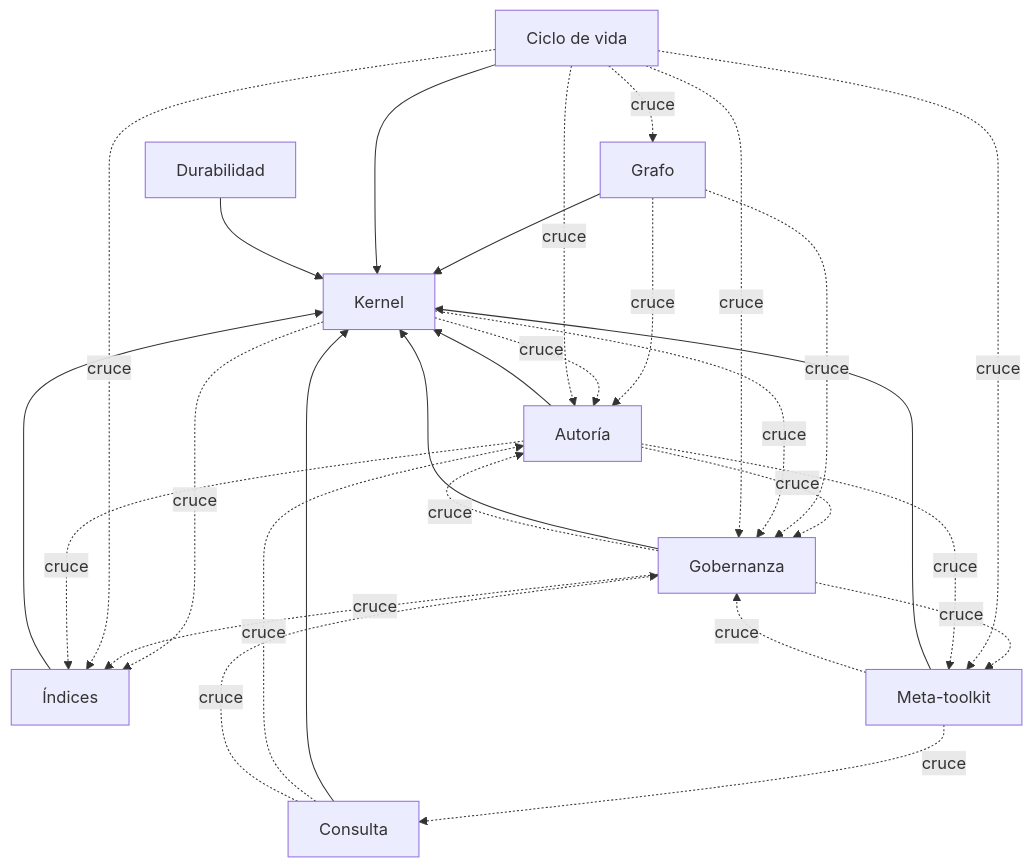
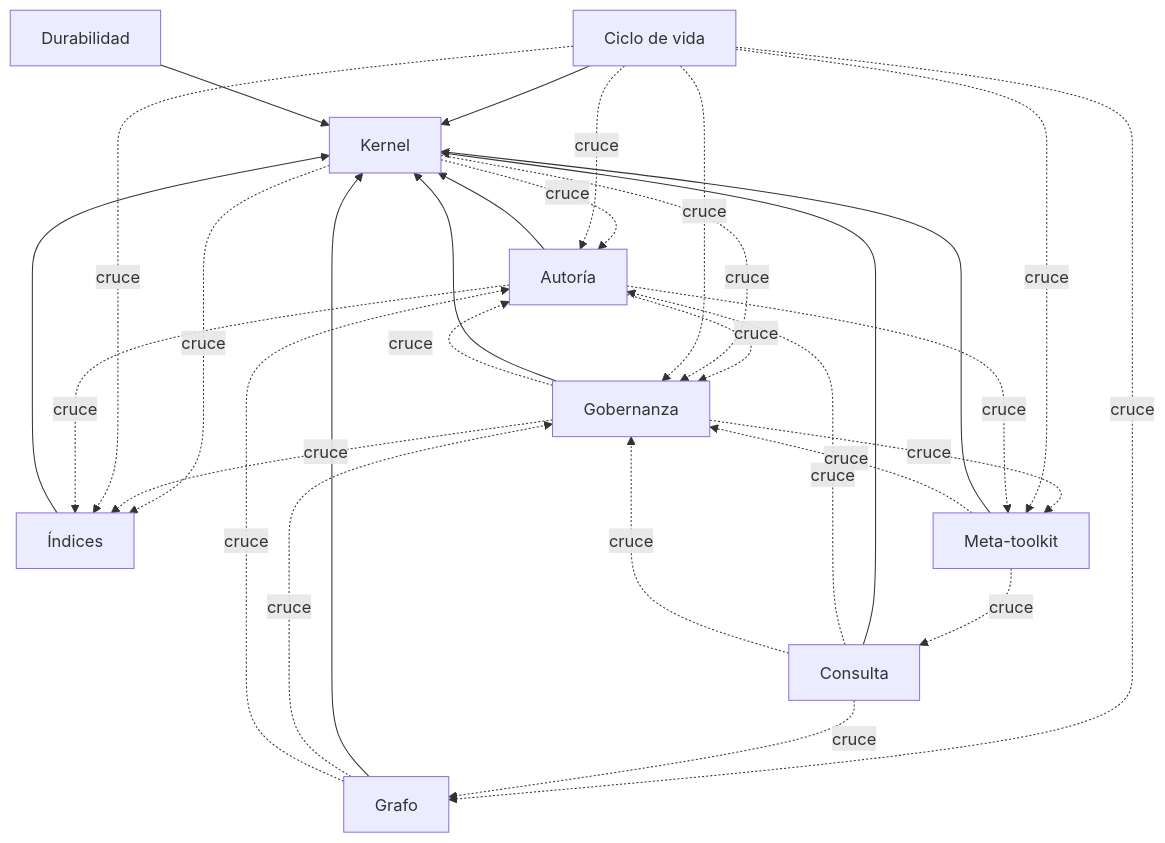
One commit to devcicm/Vault-Obsidian-Architecture changed the diagram in docs/ARQUITECTURA.md. Above: the diagram before and after it, drawn with Mermaid. The commit also changed other lines of this file and 19 other files, not shown here.

````diff
--- a/docs/ARQUITECTURA.md
+++ b/docs/ARQUITECTURA.md
@@ -17,40 +17,41 @@
 ```mermaid
 graph TD
     kernel["Kernel"]
     autoria["Autoría"]
     grafo["Grafo"]
     gobernanza["Gobernanza"]
     indices["Índices"]
     consulta["Consulta"]
     ciclo_de_vida["Ciclo de vida"]
     durabilidad["Durabilidad"]
     meta_toolkit["Meta-toolkit"]
     autoria --> kernel
     grafo --> kernel
     gobernanza --> kernel
     indices --> kernel
     consulta --> kernel
     ciclo_de_vida --> kernel
     durabilidad --> kernel
     meta_toolkit --> kernel
     autoria -.->|cruce| gobernanza
     grafo -.->|cruce| gobernanza
     grafo -.->|cruce| autoria
     consulta -.->|cruce| autoria
     meta_toolkit -.->|cruce| gobernanza
     kernel -.->|cruce| autoria
     kernel -.->|cruce| gobernanza
     kernel -.->|cruce| indices
     meta_toolkit -.->|cruce| consulta
     gobernanza -.->|cruce| meta_toolkit
     gobernanza -.->|cruce| indices
     gobernanza -.->|cruce| autoria
     ciclo_de_vida -.->|cruce| gobernanza
     ciclo_de_vida -.->|cruce| indices
     ciclo_de_vida -.->|cruce| autoria
     consulta -.->|cruce| gobernanza
     ciclo_de_vida -.->|cruce| grafo
     ciclo_de_vida -.->|cruce| meta_toolkit
+    consulta -.->|cruce| grafo
     autoria -.->|cruce| meta_toolkit
     autoria -.->|cruce| indices
 ```
````
